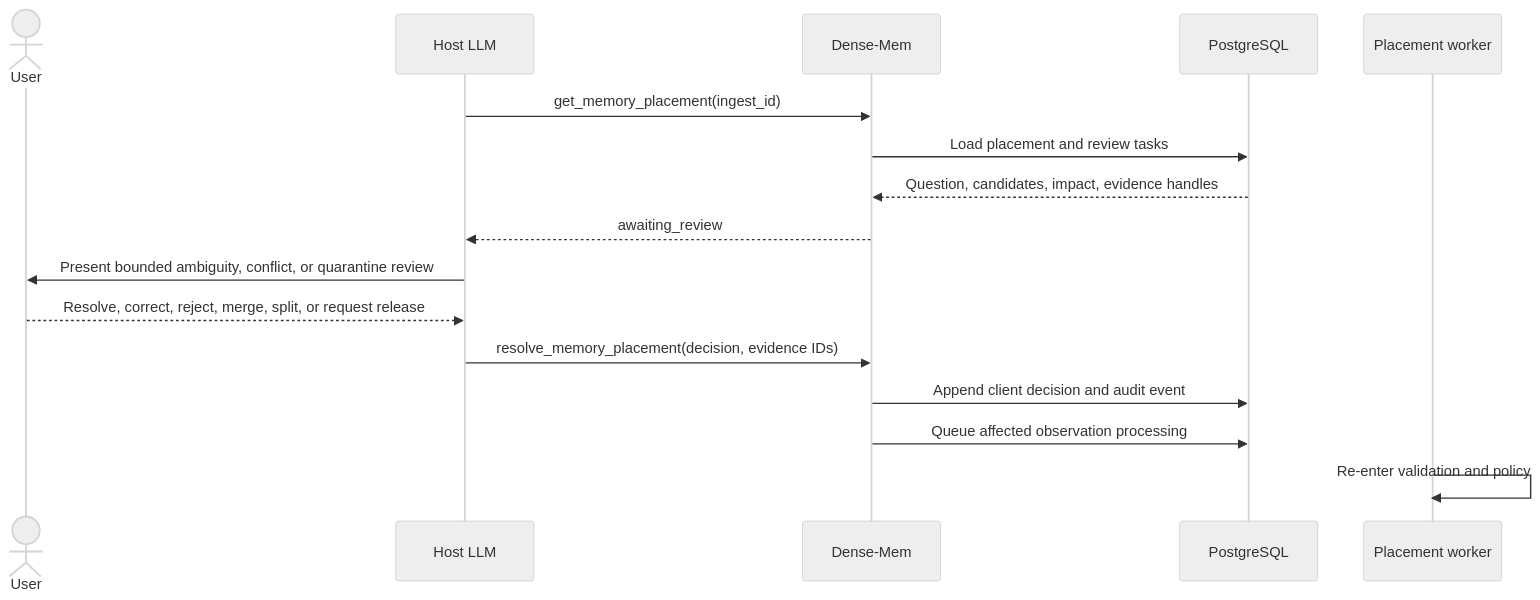
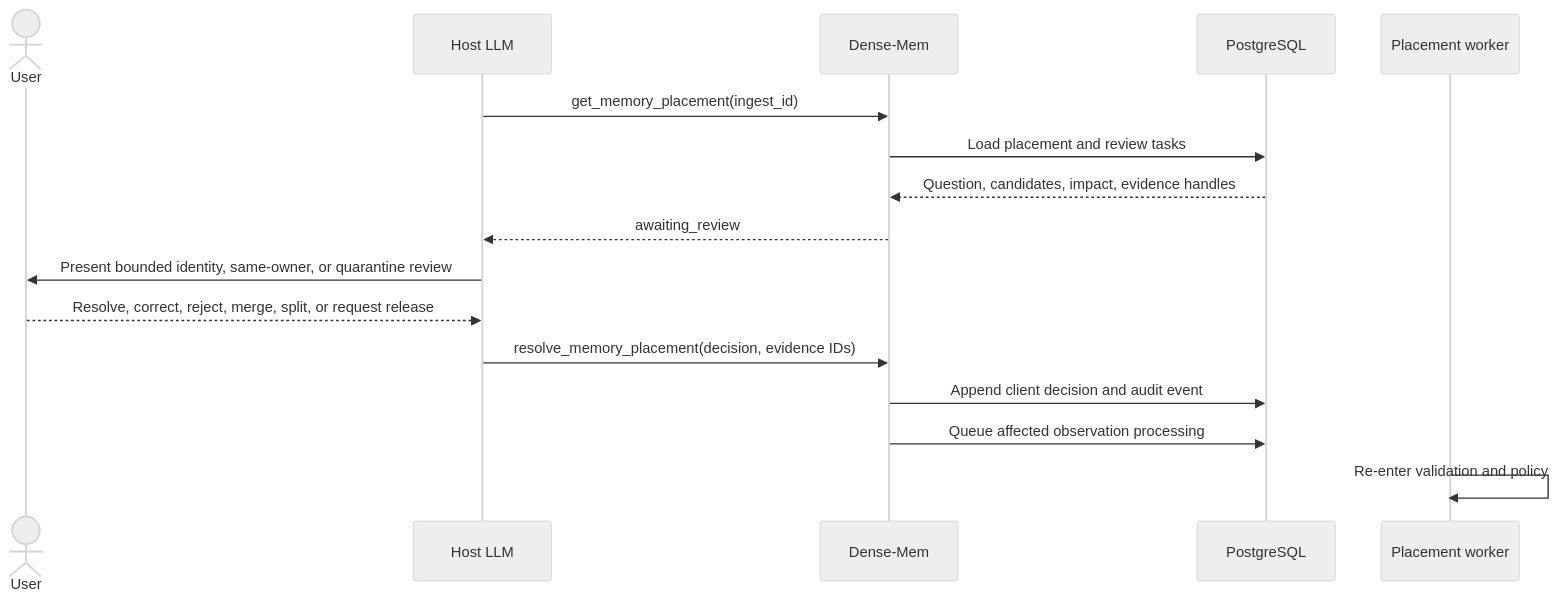
Before and after one commit to markhuangai/dense-mem: diagram 13 of 14 in Write-Pipeline.md, drawn with Mermaid (neutral theme). The commit also changed other lines of this file and 22 other files, not shown here.

Commit message:
Document durable cross-profile conflict review

````diff
--- a/Write-Pipeline.md
+++ b/Write-Pipeline.md
@@ -864,20 +875,20 @@
 ```mermaid
 %%{init: {"sequence": {"rightAngles": true}}}%%
 sequenceDiagram
   actor User
   participant Host as Host LLM
   participant API as Dense-Mem
   participant PG as PostgreSQL
   participant Worker as Placement worker
 
   Host->>API: get_memory_placement(ingest_id)
   API->>PG: Load placement and review tasks
   PG-->>API: Question, candidates, impact, evidence handles
   API-->>Host: awaiting_review
-  Host->>User: Present bounded ambiguity, conflict, or quarantine review
+  Host->>User: Present bounded identity, same-owner, or quarantine review
   User-->>Host: Resolve, correct, reject, merge, split, or request release
   Host->>API: resolve_memory_placement(decision, evidence IDs)
   API->>PG: Append client decision and audit event
   API->>PG: Queue affected observation processing
   Worker->>Worker: Re-enter validation and policy
 ```
````
